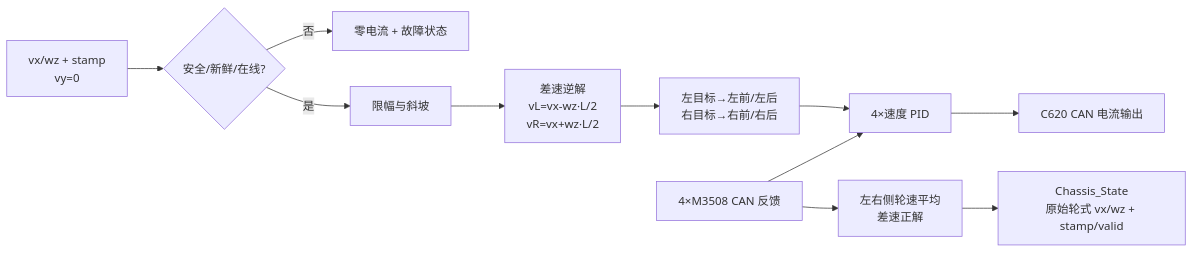
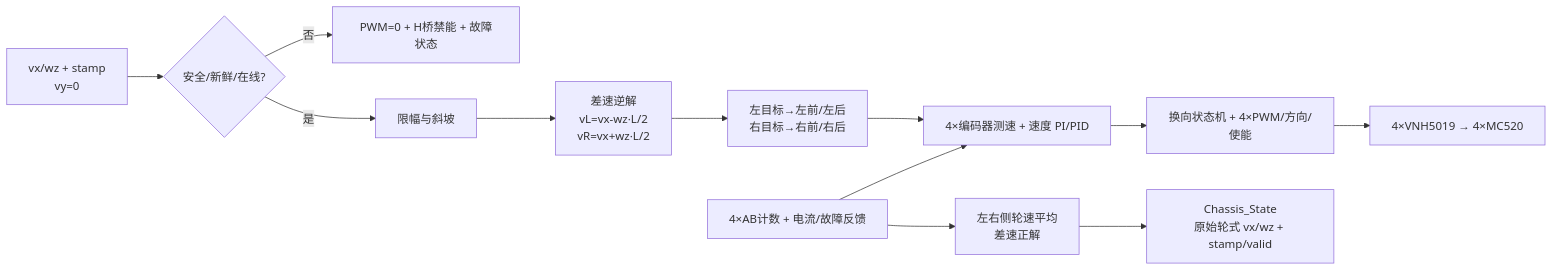
Before and after one commit to JosephQ47/Home_robot: diagram 21 of 32 in 家庭服务机器人技术方案.md, drawn with Mermaid. The commit also changed other lines of this file, not shown here.

````diff
--- a/家庭服务机器人技术方案.md
+++ b/家庭服务机器人技术方案.md
@@ -1096,13 +1269,14 @@
 ```mermaid
 flowchart LR
   SET["vx/wz + stamp<br/>vy=0"] --> SAFE{"安全/新鲜/在线?"}
-  SAFE -->|否| ZERO["零电流 + 故障状态"]
+  SAFE -->|否| ZERO["PWM=0 + H桥禁能 + 故障状态"]
   SAFE -->|是| RAMP["限幅与斜坡"]
   RAMP --> IK["差速逆解<br/>vL=vx-wz·L/2<br/>vR=vx+wz·L/2"]
   IK --> MAP["左目标→左前/左后<br/>右目标→右前/右后"]
-  MAP --> PID["4×速度 PID"]
-  FB["4×M3508 CAN 反馈"] --> PID
-  PID --> CAN["C620 CAN 电流输出"]
+  MAP --> PID["4×编码器测速 + 速度 PI/PID"]
+  FB["4×AB计数 + 电流/故障反馈"] --> PID
+  PID --> DIR["换向状态机 + 4×PWM/方向/使能"]
+  DIR --> HBR["4×VNH5019 → 4×MC520"]
   FB --> FK["左右侧轮速平均<br/>差速正解"]
   FK --> ODOM["Chassis_State<br/>原始轮式 vx/wz + stamp/valid"]
 ```
````
